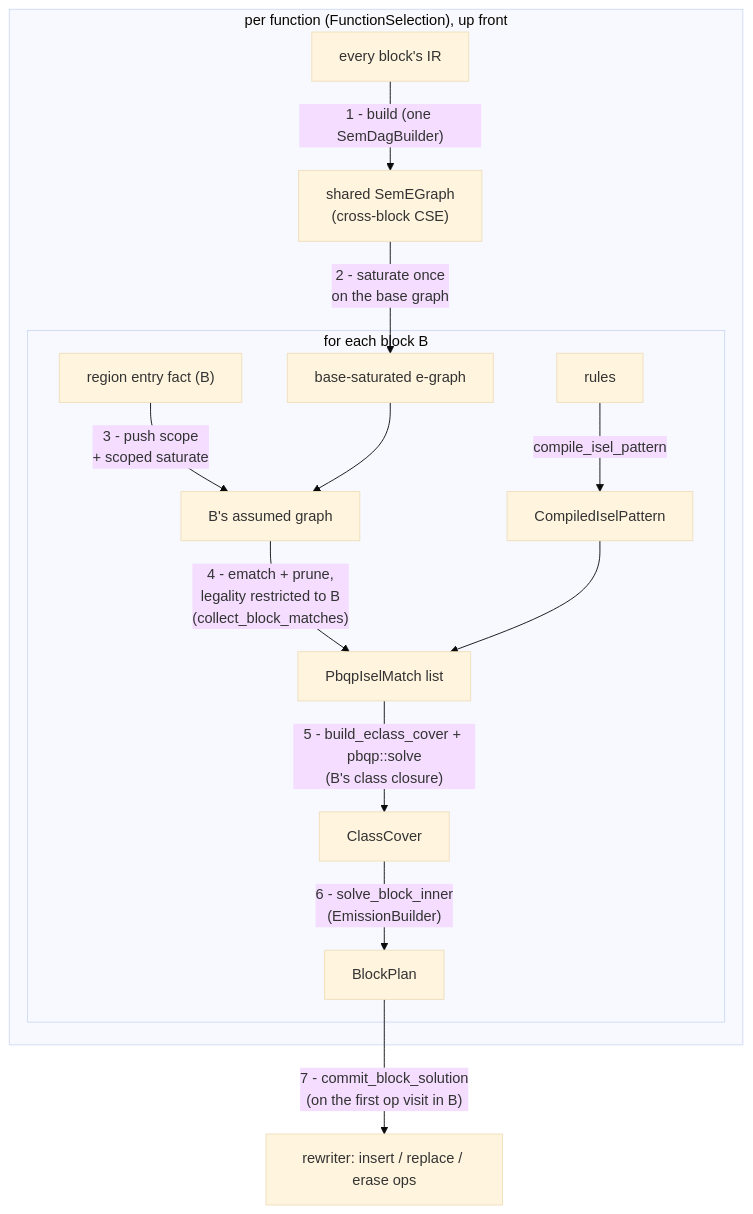
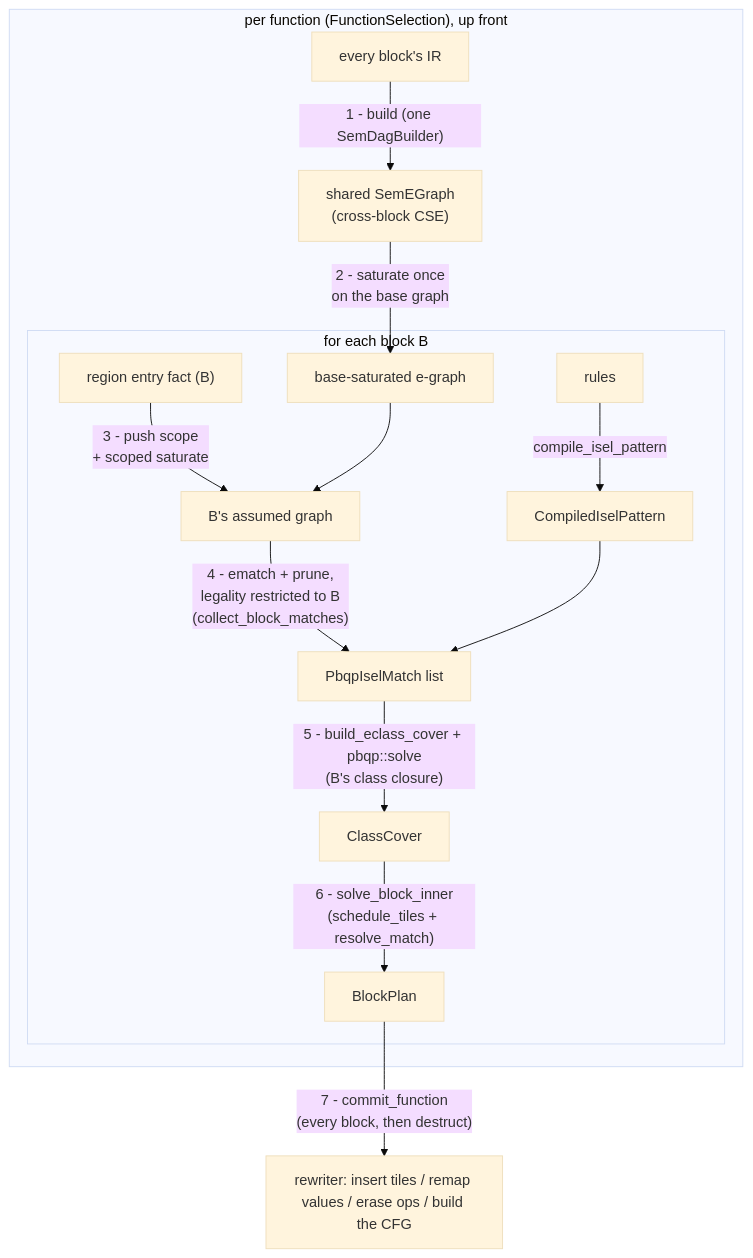
Before and after one commit to alexbatashev/tir: the diagram in docs/design/instruction_selection.md, drawn with Mermaid (base theme). The commit also changed other lines of this file and 1 other file, not shown here.

````diff
--- a/docs/design/instruction_selection.md
+++ b/docs/design/instruction_selection.md
@@ -36,17 +37,17 @@
 ```mermaid
 flowchart TB
     subgraph per_function["per function (FunctionSelection), up front"]
         ir["every block's IR"] -->|"1 - build (one SemDagBuilder)"| eg["shared SemEGraph\n(cross-block CSE)"]
         eg -->|"2 - saturate once\non the base graph"| sat["base-saturated e-graph"]
         subgraph per_block["for each block B"]
             facts["region entry fact (B)"] -->|"3 - push scope\n+ scoped saturate"| scoped["B's assumed graph"]
             sat --> scoped
             rules["rules"] -->|compile_isel_pattern| pats["CompiledIselPattern"]
             scoped -->|"4 - ematch + prune,\nlegality restricted to B\n(collect_block_matches)"| matches["PbqpIselMatch list"]
             pats --> matches
             matches -->|"5 - build_eclass_cover + pbqp::solve\n(B's class closure)"| cover["ClassCover"]
-            cover -->|"6 - solve_block_inner\n(EmissionBuilder)"| plan["BlockPlan"]
+            cover -->|"6 - solve_block_inner\n(schedule_tiles + resolve_match)"| plan["BlockPlan"]
         end
     end
-    plan -->|"7 - commit_block_solution\n(on the first op visit in B)"| out["rewriter: insert / replace / erase ops"]
+    plan -->|"7 - commit_function\n(every block, then destruct)"| out["rewriter: insert tiles / remap values / erase ops / build the CFG"]
 ```
````
